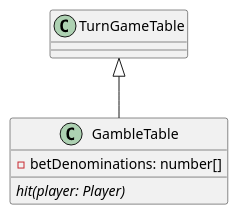
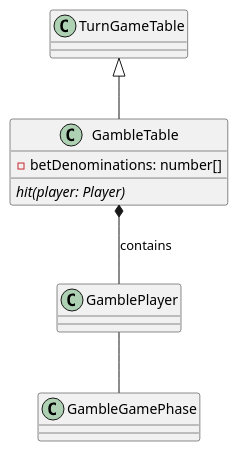
The diagram in uml/akiba/GambleTable.puml (recursion-teamdev-teamd/devlog), drawn with PlantUML before and after one commit. The commit also changed 9 other files, not shown here.

Commit message:
done creating uml akiba

```diff
--- a/uml/akiba/GambleTable.puml
+++ b/uml/akiba/GambleTable.puml
@@ -1,4 +1,6 @@
 class GambleTable extends TurnGameTable{
   -betDenominations: number[]
   {abstract}hit(player: Player)
 }
+   GambleTable *-- GamblePlayer :contains
+   GamblePlayer -- GambleGamePhase
```
